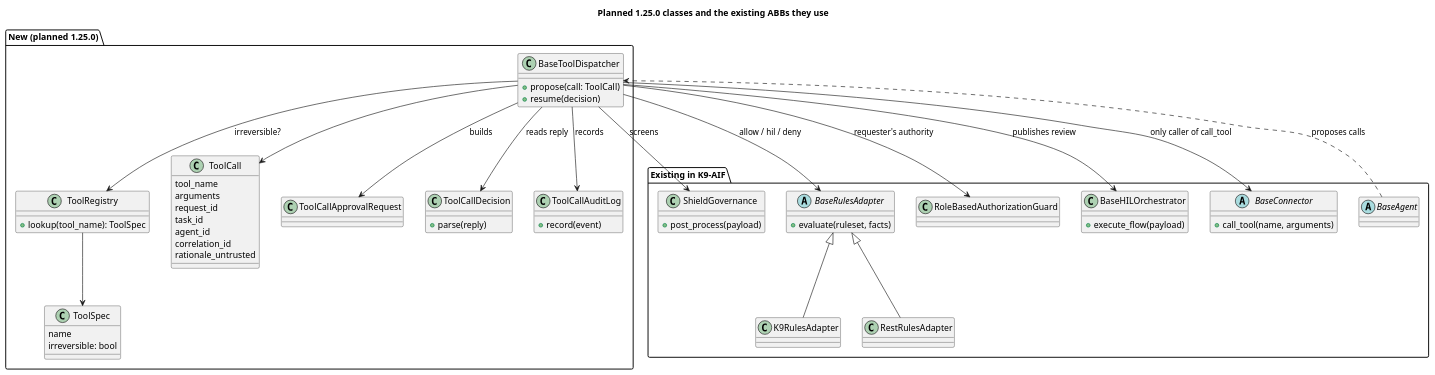
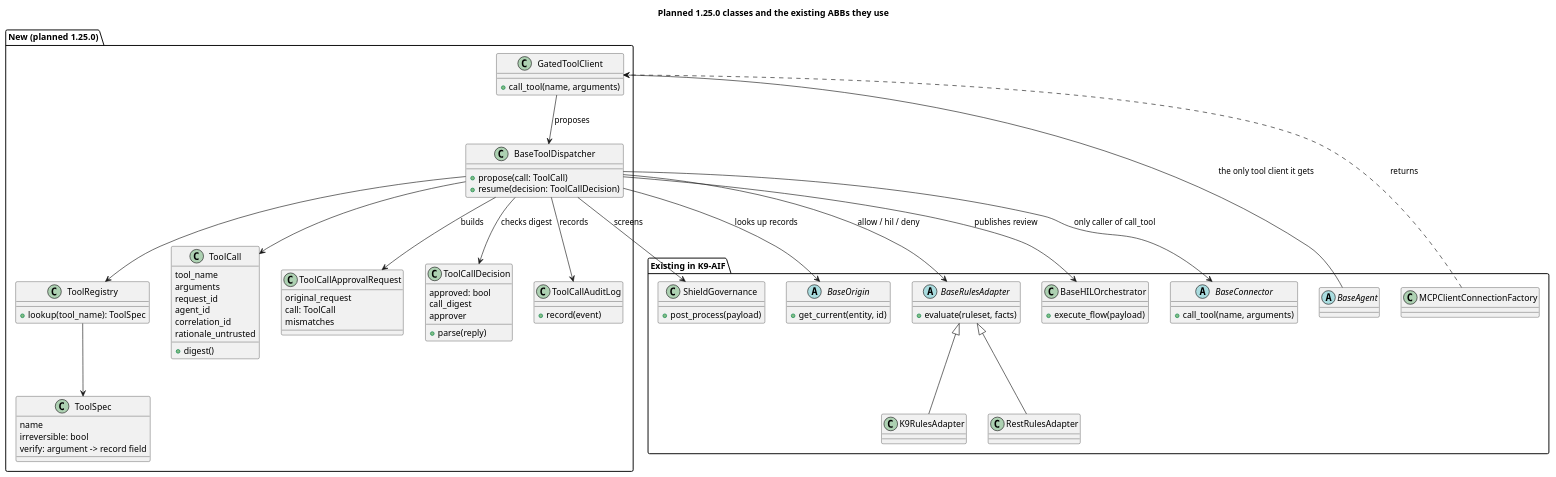
The diagram in assets/diagrams/hil-review-classes.puml (k9aif/k9-aif-blogs), drawn with PlantUML before and after one commit. The commit also changed 7 other files, not shown here.

Commit message:
Blog draft: a prompt can't change your agent; values checked against records (design planned, not approved)

```diff
--- a/assets/diagrams/hil-review-classes.puml
+++ b/assets/diagrams/hil-review-classes.puml
@@ -1,68 +1,84 @@
 @startuml hil-review-classes
 set separator none
 title Planned 1.25.0 classes and the existing ABBs they use
 
 package "New (planned 1.25.0)" {
   class BaseToolDispatcher {
     +propose(call: ToolCall)
-    +resume(decision)
+    +resume(decision: ToolCallDecision)
+  }
+  class GatedToolClient {
+    +call_tool(name, arguments)
   }
   class ToolRegistry {
     +lookup(tool_name): ToolSpec
   }
   class ToolSpec {
     name
     irreversible: bool
+    verify: argument -> record field
   }
   class ToolCall {
     tool_name
     arguments
     request_id
-    task_id
     agent_id
     correlation_id
     rationale_untrusted
+    +digest()
   }
-  class ToolCallApprovalRequest
+  class ToolCallApprovalRequest {
+    original_request
+    call: ToolCall
+    mismatches
+  }
   class ToolCallDecision {
+    approved: bool
+    call_digest
+    approver
     +parse(reply)
   }
   class ToolCallAuditLog {
     +record(event)
   }
 }
 
 package "Existing in K9-AIF" {
   abstract class BaseAgent
+  class MCPClientConnectionFactory
   class ShieldGovernance {
     +post_process(payload)
+  }
+  abstract class BaseOrigin {
+    +get_current(entity, id)
   }
   abstract class BaseRulesAdapter {
     +evaluate(ruleset, facts)
   }
   class K9RulesAdapter
   class RestRulesAdapter
-  class RoleBasedAuthorizationGuard
   class BaseHILOrchestrator {
     +execute_flow(payload)
   }
   abstract class BaseConnector {
     +call_tool(name, arguments)
   }
 }
 
-BaseAgent ..> BaseToolDispatcher : proposes calls
+BaseAgent --> GatedToolClient : the only tool client it gets
+MCPClientConnectionFactory ..> GatedToolClient : returns
+GatedToolClient --> BaseToolDispatcher : proposes
 BaseToolDispatcher --> ToolCall
 BaseToolDispatcher --> ShieldGovernance : screens
-BaseToolDispatcher --> ToolRegistry : irreversible?
+BaseToolDispatcher --> ToolRegistry
 ToolRegistry --> ToolSpec
+BaseToolDispatcher --> BaseOrigin : looks up records
 BaseToolDispatcher --> BaseRulesAdapter : allow / hil / deny
 BaseRulesAdapter <|-- K9RulesAdapter
 BaseRulesAdapter <|-- RestRulesAdapter
-BaseToolDispatcher --> RoleBasedAuthorizationGuard : requester's authority
 BaseToolDispatcher --> ToolCallApprovalRequest : builds
 BaseToolDispatcher --> BaseHILOrchestrator : publishes review
-BaseToolDispatcher --> ToolCallDecision : reads reply
+BaseToolDispatcher --> ToolCallDecision : checks digest
 BaseToolDispatcher --> ToolCallAuditLog : records
 BaseToolDispatcher --> BaseConnector : only caller of call_tool
 @enduml
```
